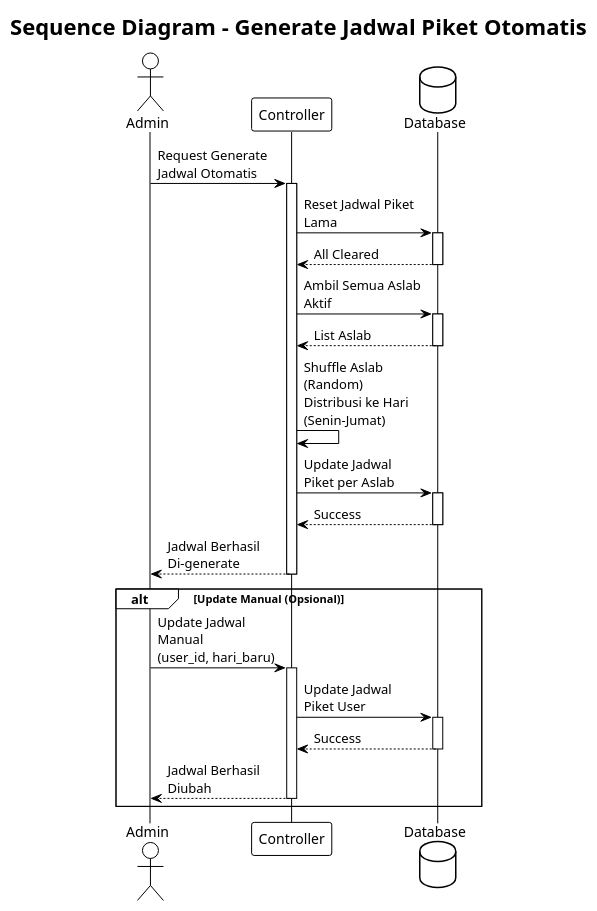
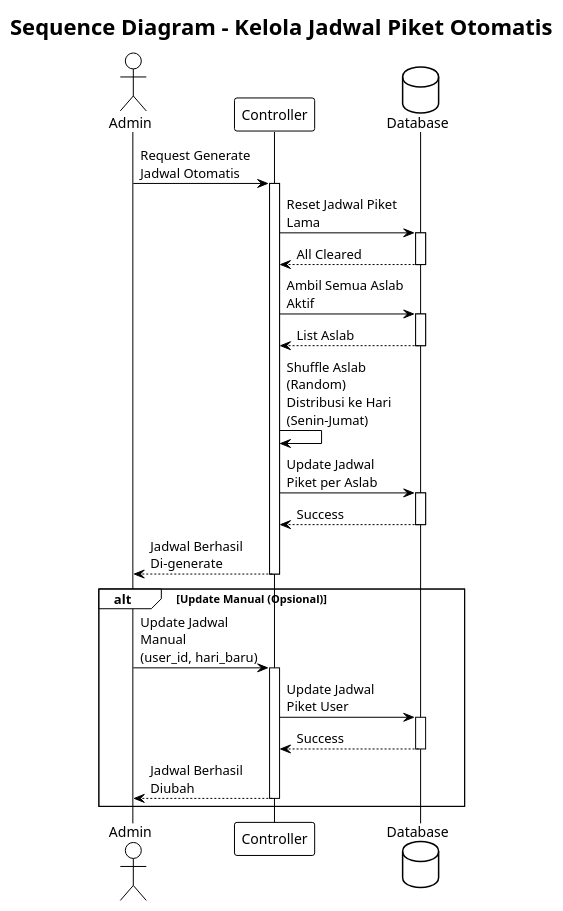
The diagram in docs/diagrams/sequence/schedule_generation_sequence.puml (zalzdarkent/absensi_aslab_react), drawn with PlantUML before and after one commit. The commit also changed 1 other file, not shown here.

```diff
--- a/docs/diagrams/sequence/schedule_generation_sequence.puml
+++ b/docs/diagrams/sequence/schedule_generation_sequence.puml
@@ -1,48 +1,48 @@
 @startuml Automated Schedule Generation
 !theme plain
 skinparam maxMessageSize 120
 
-title Sequence Diagram - Generate Jadwal Piket Otomatis
+title Sequence Diagram - Kelola Jadwal Piket Otomatis
 
 actor "Admin" as Admin
 participant "Controller" as Controller
 database "Database" as DB
 
 Admin -> Controller: Request Generate Jadwal Otomatis
 activate Controller
 
 Controller -> DB: Reset Jadwal Piket Lama
 activate DB
 DB --> Controller: All Cleared
 deactivate DB
 
 Controller -> DB: Ambil Semua Aslab Aktif
 activate DB
 DB --> Controller: List Aslab
 deactivate DB
 
 Controller -> Controller: Shuffle Aslab (Random)\nDistribusi ke Hari (Senin-Jumat)
 
 Controller -> DB: Update Jadwal Piket per Aslab
 activate DB
 DB --> Controller: Success
 deactivate DB
 
 Controller --> Admin: Jadwal Berhasil Di-generate
 
 deactivate Controller
 
 alt Update Manual (Opsional)
     Admin -> Controller: Update Jadwal Manual\n(user_id, hari_baru)
     activate Controller
 
     Controller -> DB: Update Jadwal Piket User
     activate DB
     DB --> Controller: Success
     deactivate DB
 
     Controller --> Admin: Jadwal Berhasil Diubah
     deactivate Controller
 end
 
 @enduml
```
